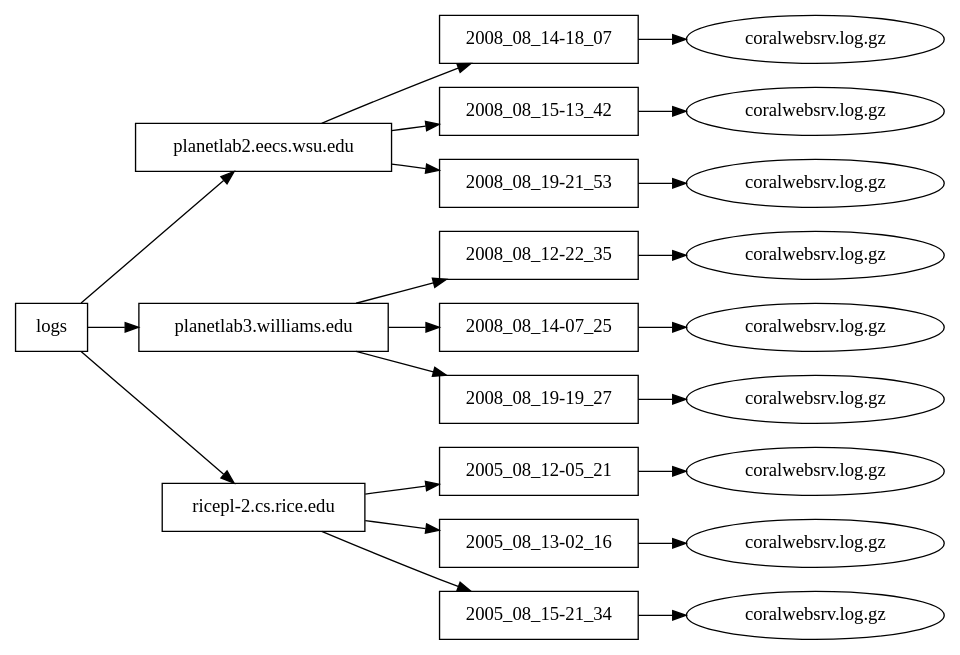
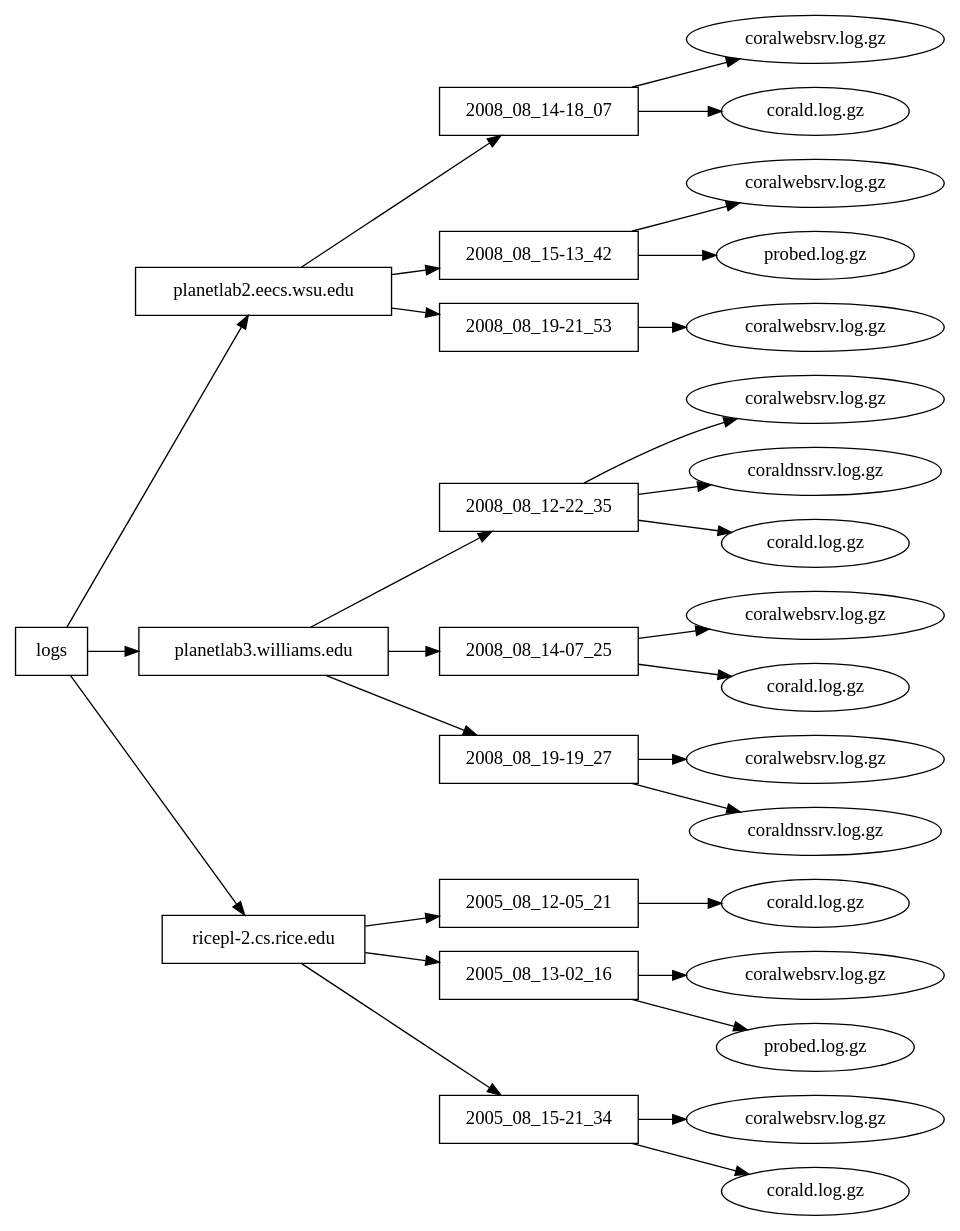
One commit to cornell-pl/forest changed the diagram in pads/documents/pldi11/coral-structure.dot. Above: the diagram before and after it, drawn with Graphviz. The commit also changed 3 other files, not shown here.

```diff
--- a/pads/documents/pldi11/coral-structure.dot
+++ b/pads/documents/pldi11/coral-structure.dot
@@ -1,37 +1,62 @@
 digraph Coral {
   rankdir=LR;
   top -> h1;
   top -> h2;
   top -> h3; 
-  h1 -> h1d1 -> l1 
-  h1 -> h1d2 -> l2 
-  h1 -> h1d3 -> l3 
-  h2 -> h2d1 -> l4 
-  h2 -> h2d2 -> l5 
-  h2 -> h2d3 -> l6 
-  h3 -> h3d1 -> l7 
-  h3 -> h3d2 -> l8 
-  h3 -> h3d3 -> l9 
+  h1 -> h1d1 
+  h1d1 -> h1d1w; 
+  h1d1 -> h1d1d; 
+  h1 -> h1d2
+  h1d2 -> h1d2w;  
+  h1d2 -> h1d2p;  
+  h1 -> h1d3
+  h1d3 -> h1d3w; 
+  h2 -> h2d1
+  h2d1 -> h2d1w;
+  h2d1 -> h2d1n;
+  h2d1 -> h2d1p;
+  h2 -> h2d2
+  h2d2 -> h2d2w; 
+  h2d2 -> h2d2d; 
+  h2 -> h2d3
+  h2d3 -> h2d3w; 
+  h2d3 -> h2d3d; 
+  h3 -> h3d1
+  h3d1 -> h3d1d; 
+  h3 -> h3d2
+  h3d2 -> h3d2w; 
+  h3d2 -> h3d2p; 
+  h3 -> h3d3
+  h3d3 -> h3d3w; 
+  h3d3 -> h3d3d; 
   top [ shape=box, label="logs" ];
   h1 [ shape=box, label="planetlab2.eecs.wsu.edu"];
   h2 [ shape=box, label="planetlab3.williams.edu"];
   h3 [ shape=box, label="ricepl-2.cs.rice.edu"];
   h1d1 [ shape=box, label="2008_08_14-18_07" ] 
   h1d2 [ shape=box, label="2008_08_15-13_42" ]
   h1d3 [ shape=box, label="2008_08_19-21_53" ]
   h2d1 [ shape=box, label="2008_08_12-22_35" ]
   h2d2 [ shape=box, label="2008_08_14-07_25" ]
   h2d3 [ shape=box, label="2008_08_19-19_27" ]
   h3d1 [ shape=box, label="2005_08_12-05_21" ]
   h3d2 [ shape=box, label="2005_08_13-02_16" ]   
   h3d3 [ shape=box, label="2005_08_15-21_34" ]
-  l1 [ label="coralwebsrv.log.gz" ];
-  l2 [ label="coralwebsrv.log.gz" ];
-  l3 [ label="coralwebsrv.log.gz" ];
-  l4 [ label="coralwebsrv.log.gz" ];
-  l5 [ label="coralwebsrv.log.gz" ];
-  l6 [ label="coralwebsrv.log.gz" ];
-  l7 [ label="coralwebsrv.log.gz" ];
-  l8 [ label="coralwebsrv.log.gz" ];
-  l9 [ label="coralwebsrv.log.gz" ];
+  h1d1w [ label="coralwebsrv.log.gz" ];
+  h1d1d [ label="corald.log.gz" ];
+  h1d2w [ label="coralwebsrv.log.gz" ];
+  h1d2p [ label="probed.log.gz" ];
+  h1d3w [ label="coralwebsrv.log.gz" ];
+  h2d1w [ label="coralwebsrv.log.gz" ];
+  h2d1n [ label="coraldnssrv.log.gz" ];
+  h2d1p [ label="corald.log.gz" ];
+  h2d2w [ label="coralwebsrv.log.gz" ];
+  h2d2d [ label="corald.log.gz" ];
+  h2d3w [ label="coralwebsrv.log.gz" ];
+  h2d3d [ label="coraldnssrv.log.gz" ];
+  h3d1d [ label="corald.log.gz" ];
+  h3d2w [ label="coralwebsrv.log.gz" ];
+  h3d2p [ label="probed.log.gz" ];
+  h3d3w [ label="coralwebsrv.log.gz" ];
+  h3d3d [ label="corald.log.gz" ];
 } 
```
